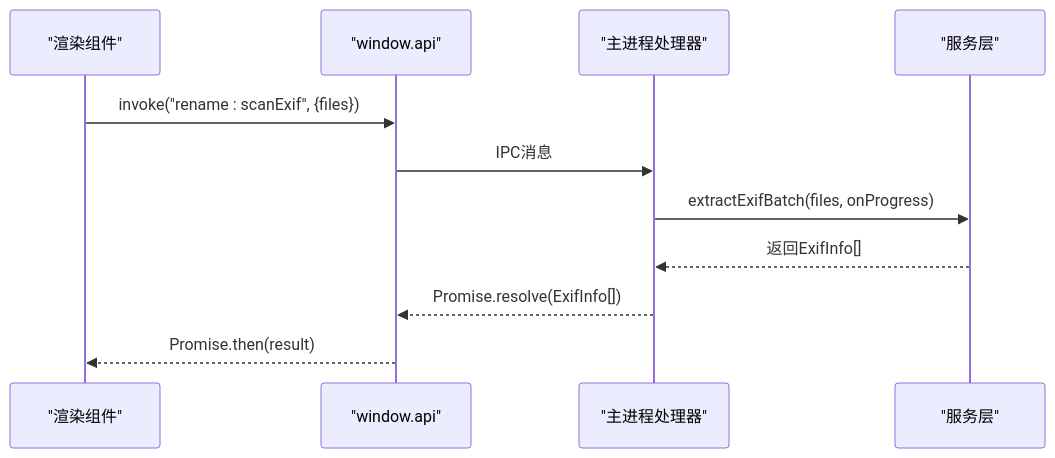
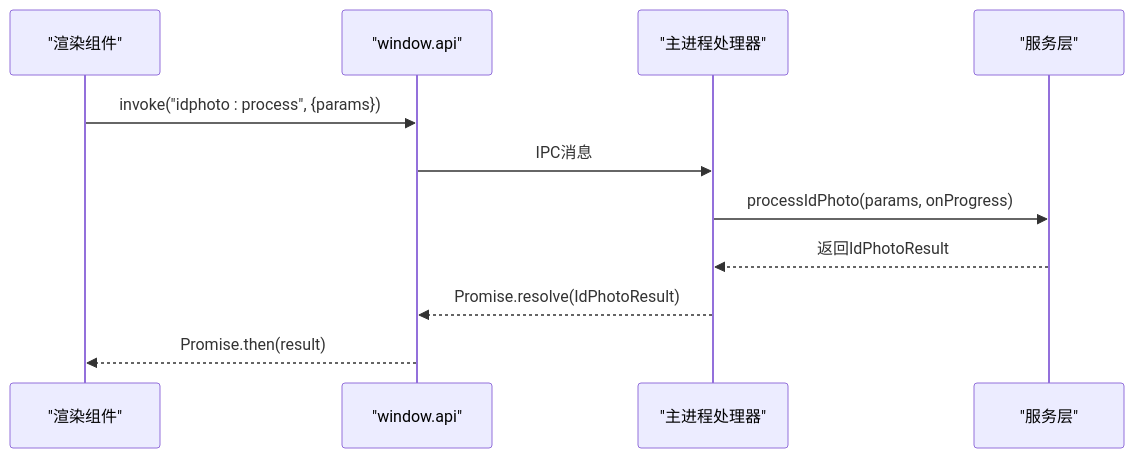
The fourth of 11 diagrams in .qoder/repowiki/zh/content/IPC通信层/IPC通信层.md (remgasuki/ReDoPhoto), drawn with Mermaid before and after one commit. The commit also changed other lines of this file and 31 other files, not shown here.

Commit message:
v2.2.0: 证件照功能全面升级 - AI抠图/海量模板/美颜/压缩/排版

````diff
--- a/.qoder/repowiki/zh/content/IPC通信层/IPC通信层.md
+++ b/.qoder/repowiki/zh/content/IPC通信层/IPC通信层.md
@@ -235,13 +257,13 @@
 ```mermaid
 sequenceDiagram
 participant UI as "渲染组件"
 participant API as "window.api"
 participant Main as "主进程处理器"
 participant Svc as "服务层"
-UI->>API : invoke("rename : scanExif", {files})
+UI->>API : invoke("idphoto : process", {params})
 API->>Main : IPC消息
-Main->>Svc : extractExifBatch(files, onProgress)
-Svc-->>Main : 返回ExifInfo[]
-Main-->>API : Promise.resolve(ExifInfo[])
+Main->>Svc : processIdPhoto(params, onProgress)
+Svc-->>Main : 返回IdPhotoResult
+Main-->>API : Promise.resolve(IdPhotoResult)
 API-->>UI : Promise.then(result)
 ```
````
